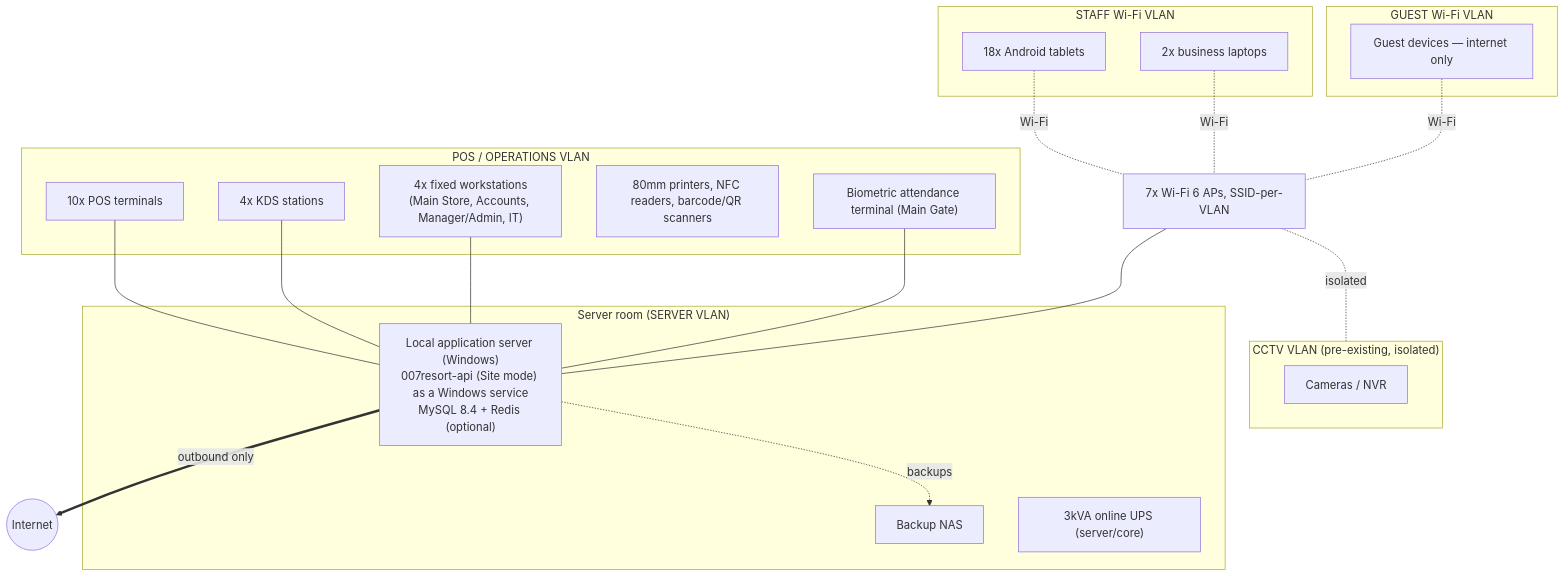
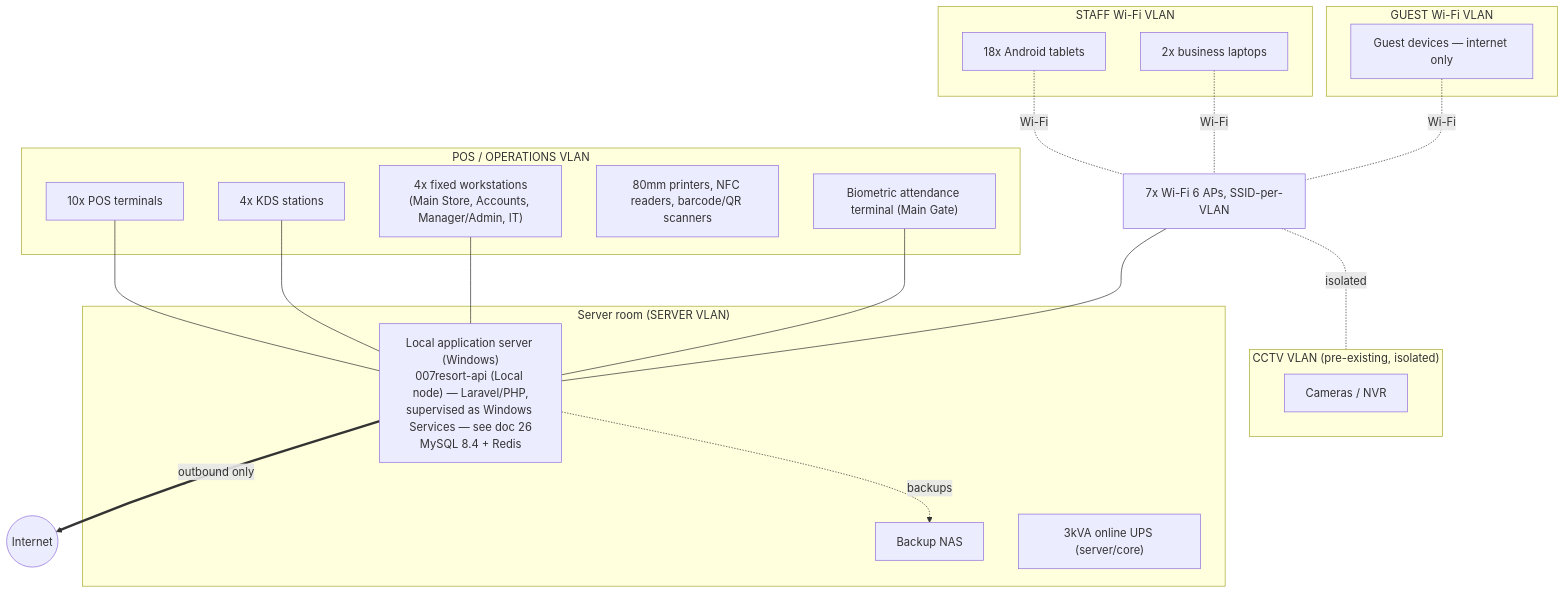
Before and after one commit to prinzderick/007resort-docs: the diagram in architecture/16-deployment-topology.md, drawn with Mermaid. The commit also changed other lines of this file and 21 other files, not shown here.

````diff
--- a/architecture/16-deployment-topology.md
+++ b/architecture/16-deployment-topology.md
@@ -7,37 +9,37 @@
 ```mermaid
 flowchart TB
   subgraph ServerRoom["Server room (SERVER VLAN)"]
-    SRV["Local application server (Windows)<br/>007resort-api (Site mode) as a Windows service<br/>MySQL 8.4 + Redis (optional)"]
+    SRV["Local application server (Windows)<br/>007resort-api (Local node) — Laravel/PHP,<br/>supervised as Windows Services — see doc 26<br/>MySQL 8.4 + Redis"]
     NAS["Backup NAS"]
     UPS1["3kVA online UPS (server/core)"]
   end
   subgraph OpsNet["POS / OPERATIONS VLAN"]
     POS10["10x POS terminals"]
     KDS4["4x KDS stations"]
     WS4["4x fixed workstations<br/>(Main Store, Accounts, Manager/Admin, IT)"]
     PR["80mm printers, NFC readers, barcode/QR scanners"]
     GATE["Biometric attendance terminal (Main Gate)"]
   end
   subgraph StaffNet["STAFF Wi-Fi VLAN"]
     TAB18["18x Android tablets"]
     LT2["2x business laptops"]
   end
   subgraph GuestNet["GUEST Wi-Fi VLAN"]
     GUEST["Guest devices — internet only"]
   end
   subgraph CCTVNet["CCTV VLAN (pre-existing, isolated)"]
     CCTV["Cameras / NVR"]
   end
   AP["7x Wi-Fi 6 APs, SSID-per-VLAN"]
 
   POS10 --- SRV
   KDS4 --- SRV
   WS4 --- SRV
   GATE --- SRV
   TAB18 -. Wi-Fi .- AP --- SRV
   LT2 -. Wi-Fi .- AP
   GUEST -. Wi-Fi .- AP
   AP -. isolated .- CCTVNet
   SRV == outbound only ==> INTERNET(("Internet"))
   SRV -. backups .-> NAS
 ```
````
